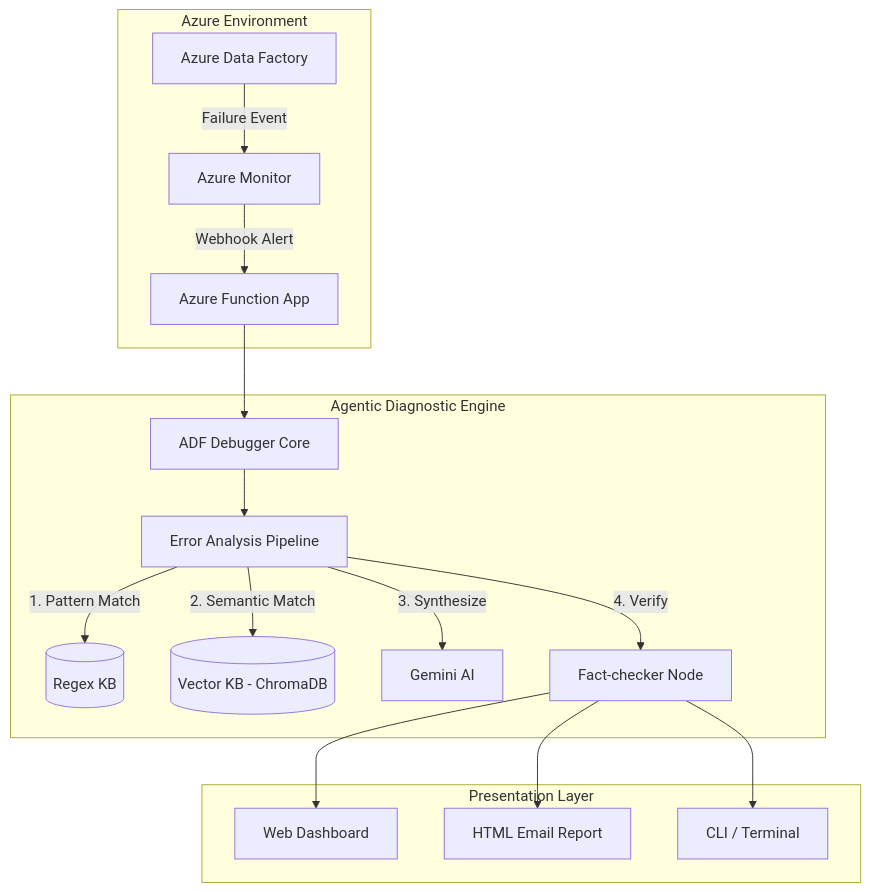
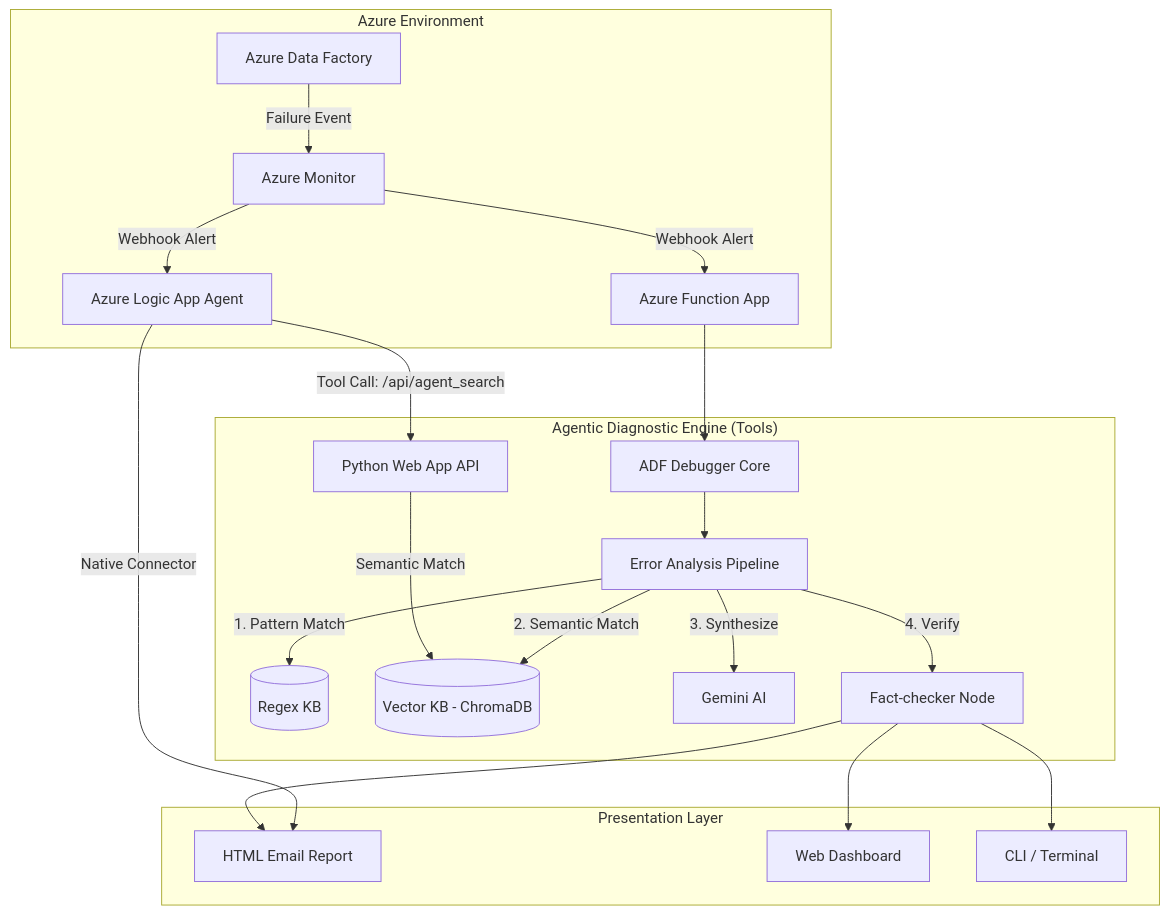
One commit to DevinHansa/Agentic_AI_ADF_Pipeline_Debugger changed the diagram in README.md. Above: the diagram before and after it, drawn with Mermaid. The commit also changed other lines of this file, not shown here.

Commit message:
docs: update architecture in README to include Logic App Agent path

````diff
--- a/README.md
+++ b/README.md
@@ -28,23 +28,31 @@
 ```mermaid
 graph TD
     subgraph "Azure Environment"
         ADF[Azure Data Factory] --> |Failure Event| AM[Azure Monitor]
+        
+        %% Path 1: Logic App Agent (New)
+        AM --> |Webhook Alert| LA[Azure Logic App Agent]
+        
+        %% Path 2: Function App (Legacy)
         AM --> |Webhook Alert| Func[Azure Function App]
     end
 
-    subgraph "Agentic Diagnostic Engine"
+    subgraph "Agentic Diagnostic Engine (Tools)"
+        LA --> |Tool Call: /api/agent_search| WebApp[Python Web App API]
         Func --> CLI[ADF Debugger Core]
         CLI --> Analyzer[Error Analysis Pipeline]
         
         Analyzer --> |1. Pattern Match| KB1[(Regex KB)]
         Analyzer --> |2. Semantic Match| KB2[(Vector KB - ChromaDB)]
+        WebApp --> |Semantic Match| KB2
         Analyzer --> |3. Synthesize| LLM[Gemini AI]
         Analyzer --> |4. Verify| FactCheck[Fact-checker Node]
     end
 
     subgraph "Presentation Layer"
+        LA --> |Native Connector| Email[HTML Email Report]
         FactCheck --> Dash[Web Dashboard]
-        FactCheck --> Email[HTML Email Report]
+        FactCheck --> Email
         FactCheck --> Console[CLI / Terminal]
     end
 ```
````
